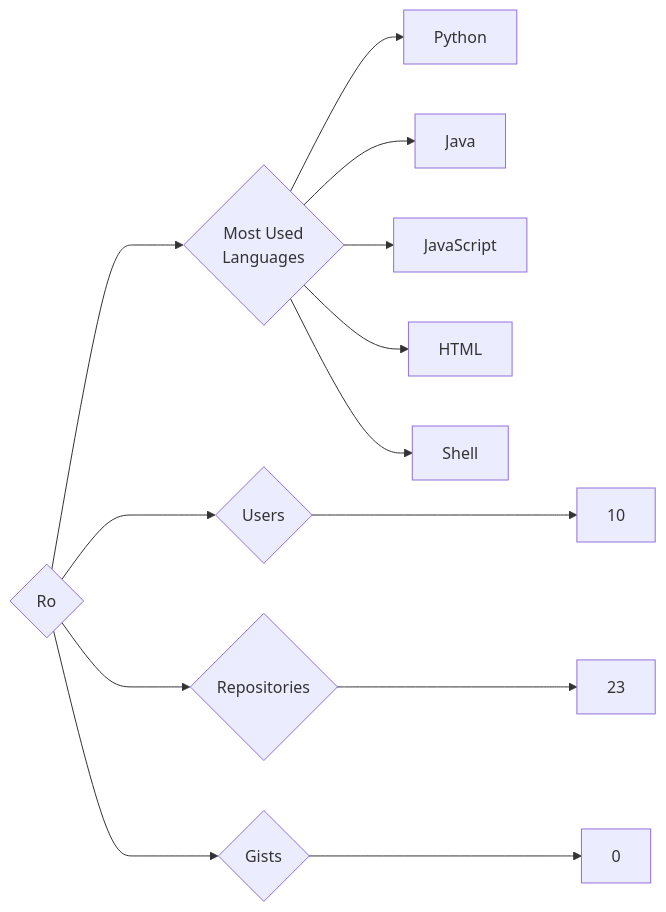
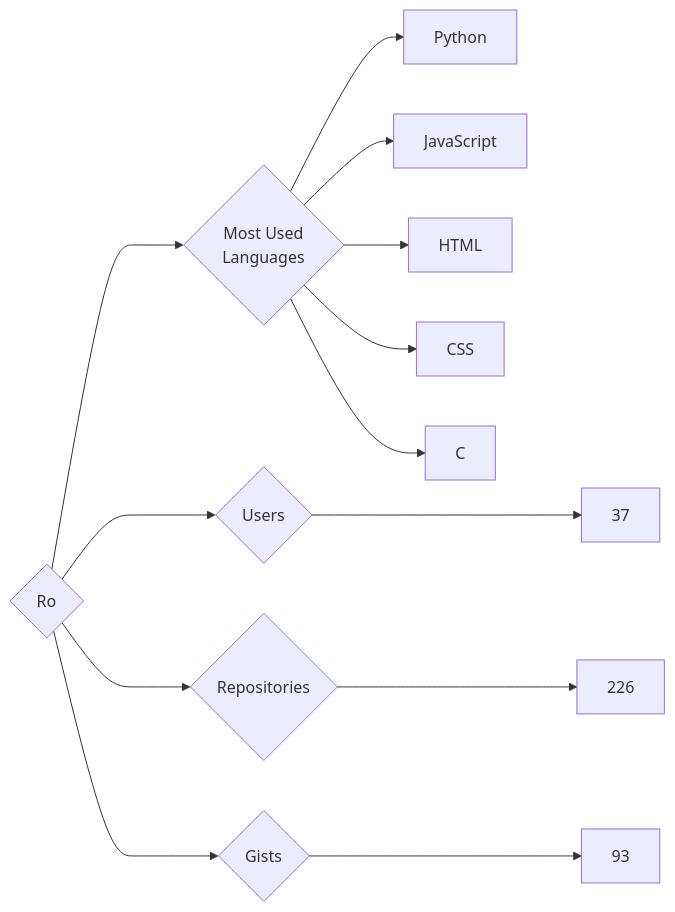
Before and after one commit to trickest/insiders: the diagram in targets/Ro/README.md, drawn with Mermaid. The commit also changed 806 other files, not shown here.

````diff
--- a/targets/Ro/README.md
+++ b/targets/Ro/README.md
@@ -3,13 +3,13 @@
 ```mermaid
 graph LR
 COMPANY_NAME{Ro}
-COMPANY_NAME ---> U{Users} ---> UN[10]
-COMPANY_NAME ---> R{Repositories} ---> RN[23]
-COMPANY_NAME ---> G{Gists} ---> GN[0]
+COMPANY_NAME ---> U{Users} ---> UN[37]
+COMPANY_NAME ---> R{Repositories} ---> RN[226]
+COMPANY_NAME ---> G{Gists} ---> GN[93]
 COMPANY_NAME ---> ML{Most Used<br>Languages}
 ML --> Python[Python]
-ML --> Java[Java]
 ML --> JavaScript[JavaScript]
 ML --> HTML[HTML]
-ML --> Shell[Shell]
+ML --> CSS[CSS]
+ML --> C[C]
 ```
````
